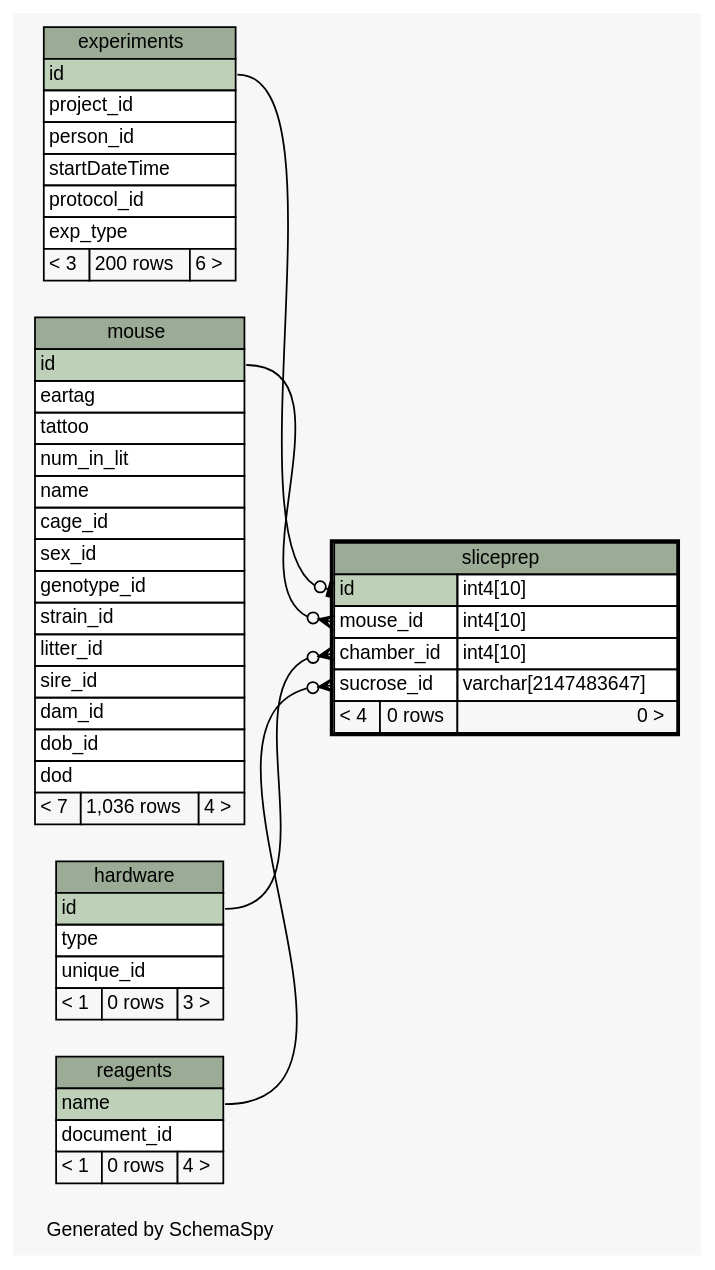
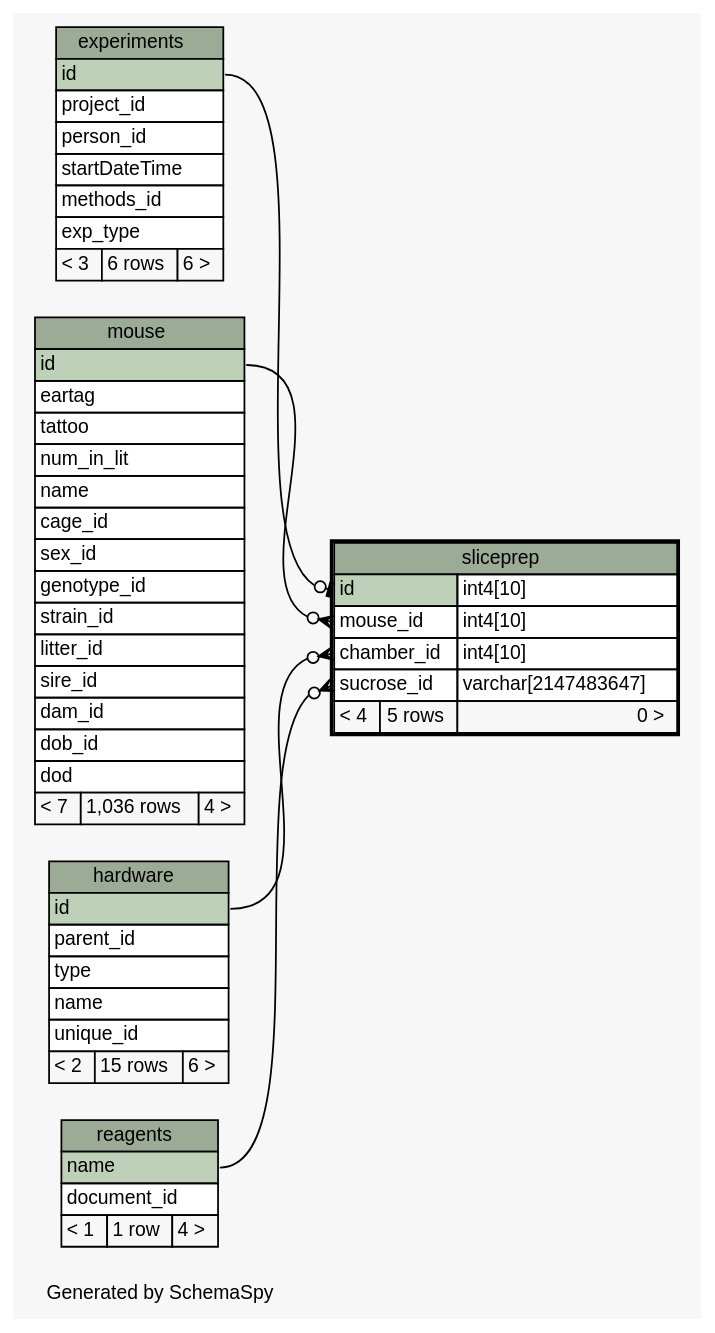
One commit to tgbugs/mlab changed the diagram in database/ss/diagrams/sliceprep.1degree.dot. Above: the diagram before and after it, drawn with Graphviz. The commit also changed 204 other files, not shown here.

Commit message:
got the hardware working as a tree, removed explicit amp and headstage classes, updated schemaspy

```diff
--- a/database/ss/diagrams/sliceprep.1degree.dot
+++ b/database/ss/diagrams/sliceprep.1degree.dot
@@ -1,100 +1,102 @@
 // dot 2.32.0 on Windows 7 6.1
 // SchemaSpy rev 590
 digraph "oneDegreeRelationshipsDiagram" {
   graph [
     rankdir="RL"
     bgcolor="#f7f7f7"
     label="\nGenerated by SchemaSpy"
     labeljust="l"
     nodesep="0.18"
     ranksep="0.46"
     fontname="Helvetica"
     fontsize="11"
   ];
   node [
     fontname="Helvetica"
     fontsize="11"
     shape="plaintext"
   ];
   edge [
     arrowsize="0.8"
   ];
   "sliceprep":"chamber_id":w -> "hardware":"id":e [arrowhead=none dir=back arrowtail=crowodot];
   "sliceprep":"id":w -> "experiments":"id":e [arrowhead=none dir=back arrowtail=teeodot];
   "sliceprep":"mouse_id":w -> "mouse":"id":e [arrowhead=none dir=back arrowtail=crowodot];
   "sliceprep":"sucrose_id":w -> "reagents":"name":e [arrowhead=none dir=back arrowtail=crowodot];
   "experiments" [
     label=<
     <TABLE BORDER="0" CELLBORDER="1" CELLSPACING="0" BGCOLOR="#ffffff">
       <TR><TD COLSPAN="3" BGCOLOR="#9bab96" ALIGN="CENTER">experiments</TD></TR>
       <TR><TD PORT="id" COLSPAN="3" BGCOLOR="#bed1b8" ALIGN="LEFT">id</TD></TR>
       <TR><TD PORT="project_id" COLSPAN="3" ALIGN="LEFT">project_id</TD></TR>
       <TR><TD PORT="person_id" COLSPAN="3" ALIGN="LEFT">person_id</TD></TR>
       <TR><TD PORT="startDateTime" COLSPAN="3" ALIGN="LEFT">startDateTime</TD></TR>
-      <TR><TD PORT="protocol_id" COLSPAN="3" ALIGN="LEFT">protocol_id</TD></TR>
+      <TR><TD PORT="methods_id" COLSPAN="3" ALIGN="LEFT">methods_id</TD></TR>
       <TR><TD PORT="exp_type" COLSPAN="3" ALIGN="LEFT">exp_type</TD></TR>
-      <TR><TD ALIGN="LEFT" BGCOLOR="#f7f7f7">&lt; 3</TD><TD ALIGN="RIGHT" BGCOLOR="#f7f7f7">200 rows</TD><TD ALIGN="RIGHT" BGCOLOR="#f7f7f7">6 &gt;</TD></TR>
+      <TR><TD ALIGN="LEFT" BGCOLOR="#f7f7f7">&lt; 3</TD><TD ALIGN="RIGHT" BGCOLOR="#f7f7f7">6 rows</TD><TD ALIGN="RIGHT" BGCOLOR="#f7f7f7">6 &gt;</TD></TR>
     </TABLE>>
     URL="experiments.html"
     tooltip="experiments"
   ];
   "hardware" [
     label=<
     <TABLE BORDER="0" CELLBORDER="1" CELLSPACING="0" BGCOLOR="#ffffff">
       <TR><TD COLSPAN="3" BGCOLOR="#9bab96" ALIGN="CENTER">hardware</TD></TR>
       <TR><TD PORT="id" COLSPAN="3" BGCOLOR="#bed1b8" ALIGN="LEFT">id</TD></TR>
+      <TR><TD PORT="parent_id" COLSPAN="3" ALIGN="LEFT">parent_id</TD></TR>
       <TR><TD PORT="type" COLSPAN="3" ALIGN="LEFT">type</TD></TR>
+      <TR><TD PORT="name" COLSPAN="3" ALIGN="LEFT">name</TD></TR>
       <TR><TD PORT="unique_id" COLSPAN="3" ALIGN="LEFT">unique_id</TD></TR>
-      <TR><TD ALIGN="LEFT" BGCOLOR="#f7f7f7">&lt; 1</TD><TD ALIGN="RIGHT" BGCOLOR="#f7f7f7">0 rows</TD><TD ALIGN="RIGHT" BGCOLOR="#f7f7f7">3 &gt;</TD></TR>
+      <TR><TD ALIGN="LEFT" BGCOLOR="#f7f7f7">&lt; 2</TD><TD ALIGN="RIGHT" BGCOLOR="#f7f7f7">15 rows</TD><TD ALIGN="RIGHT" BGCOLOR="#f7f7f7">6 &gt;</TD></TR>
     </TABLE>>
     URL="hardware.html"
     tooltip="hardware"
   ];
   "mouse" [
     label=<
     <TABLE BORDER="0" CELLBORDER="1" CELLSPACING="0" BGCOLOR="#ffffff">
       <TR><TD COLSPAN="3" BGCOLOR="#9bab96" ALIGN="CENTER">mouse</TD></TR>
       <TR><TD PORT="id" COLSPAN="3" BGCOLOR="#bed1b8" ALIGN="LEFT">id</TD></TR>
       <TR><TD PORT="eartag" COLSPAN="3" ALIGN="LEFT">eartag</TD></TR>
       <TR><TD PORT="tattoo" COLSPAN="3" ALIGN="LEFT">tattoo</TD></TR>
       <TR><TD PORT="num_in_lit" COLSPAN="3" ALIGN="LEFT">num_in_lit</TD></TR>
       <TR><TD PORT="name" COLSPAN="3" ALIGN="LEFT">name</TD></TR>
       <TR><TD PORT="cage_id" COLSPAN="3" ALIGN="LEFT">cage_id</TD></TR>
       <TR><TD PORT="sex_id" COLSPAN="3" ALIGN="LEFT">sex_id</TD></TR>
       <TR><TD PORT="genotype_id" COLSPAN="3" ALIGN="LEFT">genotype_id</TD></TR>
       <TR><TD PORT="strain_id" COLSPAN="3" ALIGN="LEFT">strain_id</TD></TR>
       <TR><TD PORT="litter_id" COLSPAN="3" ALIGN="LEFT">litter_id</TD></TR>
       <TR><TD PORT="sire_id" COLSPAN="3" ALIGN="LEFT">sire_id</TD></TR>
       <TR><TD PORT="dam_id" COLSPAN="3" ALIGN="LEFT">dam_id</TD></TR>
       <TR><TD PORT="dob_id" COLSPAN="3" ALIGN="LEFT">dob_id</TD></TR>
       <TR><TD PORT="dod" COLSPAN="3" ALIGN="LEFT">dod</TD></TR>
       <TR><TD ALIGN="LEFT" BGCOLOR="#f7f7f7">&lt; 7</TD><TD ALIGN="RIGHT" BGCOLOR="#f7f7f7">1,036 rows</TD><TD ALIGN="RIGHT" BGCOLOR="#f7f7f7">4 &gt;</TD></TR>
     </TABLE>>
     URL="mouse.html"
     tooltip="mouse"
   ];
   "reagents" [
     label=<
     <TABLE BORDER="0" CELLBORDER="1" CELLSPACING="0" BGCOLOR="#ffffff">
       <TR><TD COLSPAN="3" BGCOLOR="#9bab96" ALIGN="CENTER">reagents</TD></TR>
       <TR><TD PORT="name" COLSPAN="3" BGCOLOR="#bed1b8" ALIGN="LEFT">name</TD></TR>
       <TR><TD PORT="document_id" COLSPAN="3" ALIGN="LEFT">document_id</TD></TR>
-      <TR><TD ALIGN="LEFT" BGCOLOR="#f7f7f7">&lt; 1</TD><TD ALIGN="RIGHT" BGCOLOR="#f7f7f7">0 rows</TD><TD ALIGN="RIGHT" BGCOLOR="#f7f7f7">4 &gt;</TD></TR>
+      <TR><TD ALIGN="LEFT" BGCOLOR="#f7f7f7">&lt; 1</TD><TD ALIGN="RIGHT" BGCOLOR="#f7f7f7">1 row</TD><TD ALIGN="RIGHT" BGCOLOR="#f7f7f7">4 &gt;</TD></TR>
     </TABLE>>
     URL="reagents.html"
     tooltip="reagents"
   ];
   "sliceprep" [
     label=<
     <TABLE BORDER="2" CELLBORDER="1" CELLSPACING="0" BGCOLOR="#ffffff">
       <TR><TD COLSPAN="3" BGCOLOR="#9bab96" ALIGN="CENTER">sliceprep</TD></TR>
       <TR><TD PORT="id" COLSPAN="2" BGCOLOR="#bed1b8" ALIGN="LEFT">id</TD><TD PORT="id.type" ALIGN="LEFT">int4[10]</TD></TR>
       <TR><TD PORT="mouse_id" COLSPAN="2" ALIGN="LEFT">mouse_id</TD><TD PORT="mouse_id.type" ALIGN="LEFT">int4[10]</TD></TR>
       <TR><TD PORT="chamber_id" COLSPAN="2" ALIGN="LEFT">chamber_id</TD><TD PORT="chamber_id.type" ALIGN="LEFT">int4[10]</TD></TR>
       <TR><TD PORT="sucrose_id" COLSPAN="2" ALIGN="LEFT">sucrose_id</TD><TD PORT="sucrose_id.type" ALIGN="LEFT">varchar[2147483647]</TD></TR>
-      <TR><TD ALIGN="LEFT" BGCOLOR="#f7f7f7">&lt; 4</TD><TD ALIGN="RIGHT" BGCOLOR="#f7f7f7">0 rows</TD><TD ALIGN="RIGHT" BGCOLOR="#f7f7f7">0 &gt;</TD></TR>
+      <TR><TD ALIGN="LEFT" BGCOLOR="#f7f7f7">&lt; 4</TD><TD ALIGN="RIGHT" BGCOLOR="#f7f7f7">5 rows</TD><TD ALIGN="RIGHT" BGCOLOR="#f7f7f7">0 &gt;</TD></TR>
     </TABLE>>
     URL="sliceprep.html"
     tooltip="sliceprep"
   ];
 }
```
